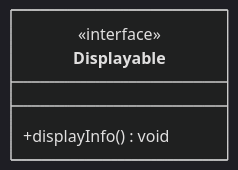
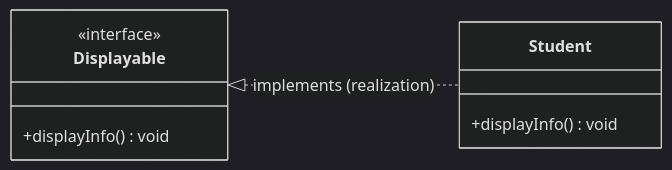
The second of 8 diagrams in Part2_Model/ch06_mapping.md (nlhsueh/teach_sw_fw), drawn with Mermaid (dark theme) before and after one commit. The commit also changed other lines of this file and 1 other file, not shown here.

Commit message:
docs: Add UML interface notations and PlantUML link in ch06_mapping.md

````diff
--- a/Part2_Model/ch06_mapping.md
+++ b/Part2_Model/ch06_mapping.md
@@ -64,8 +67,13 @@
 ```mermaid
 classDiagram
     direction LR
     class Displayable {
         <<interface>>
         +displayInfo() void
     }
+    class Student {
+        +displayInfo() void
+    }
+    
+    Displayable <|.. Student : implements (realization)
 ```
````
